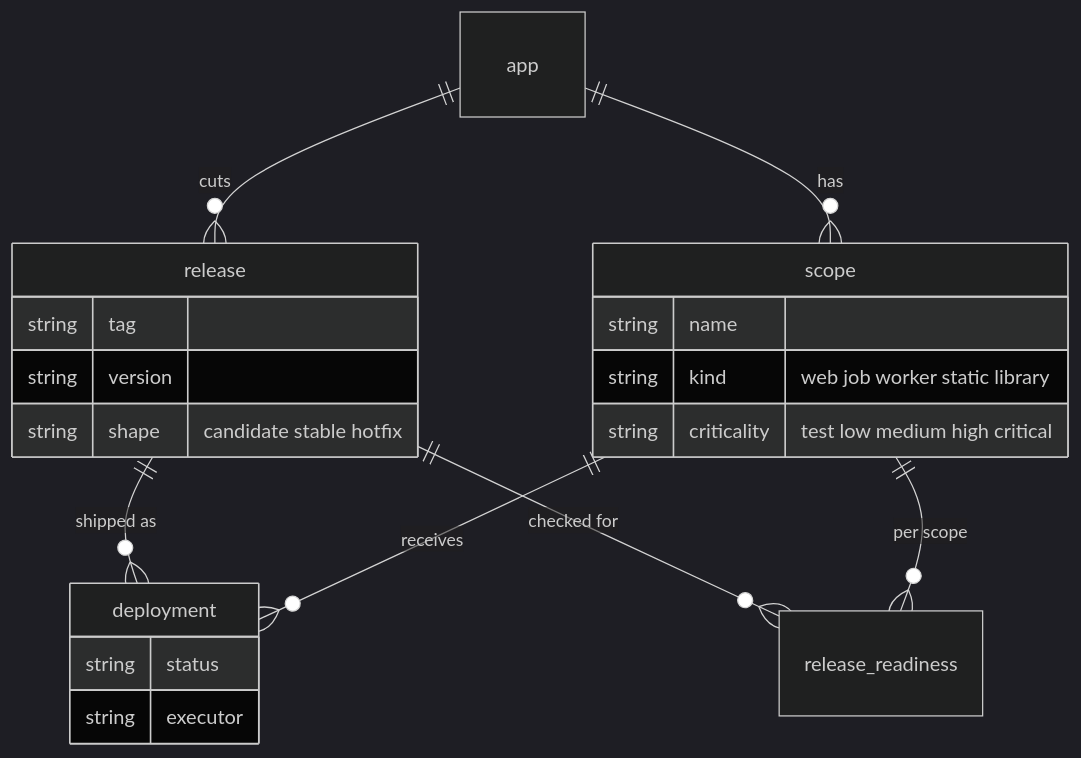
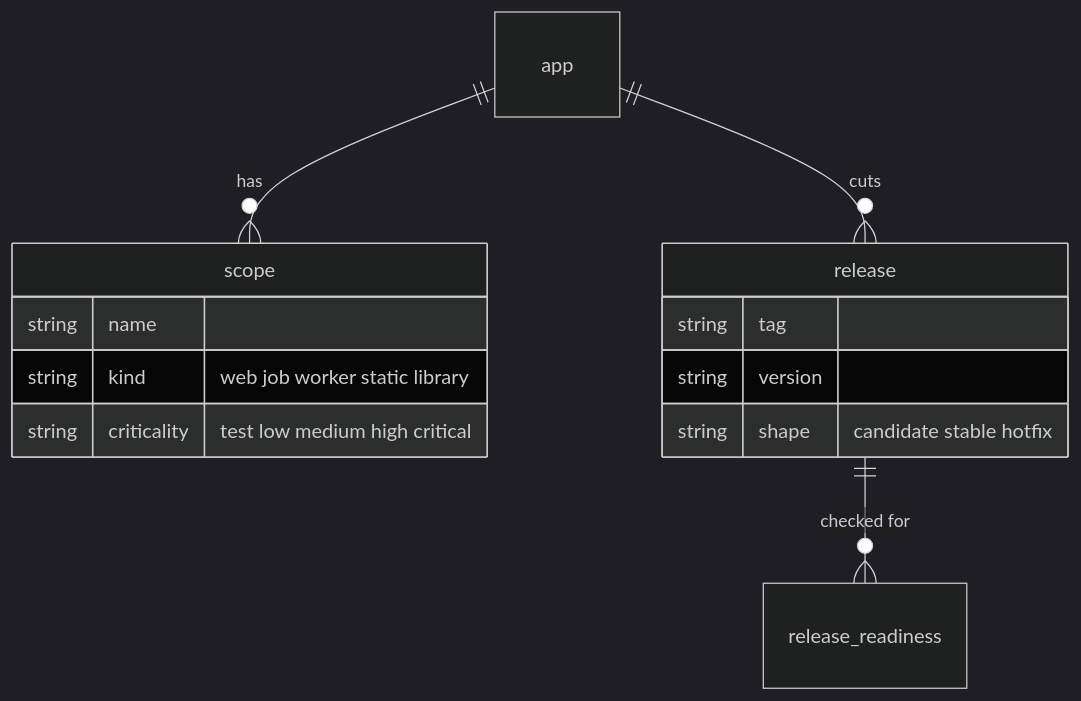
Before and after one commit to actionplatform/action-platform: the fourth of 4 diagrams in docs/concept_scopes.md, drawn with Mermaid (dark theme). The commit also changed other lines of this file, not shown here.

````diff
--- a/docs/concept_scopes.md
+++ b/docs/concept_scopes.md
@@ -162,23 +153,16 @@
 ```mermaid
 erDiagram
     app ||--o{ scope : "has"
     app ||--o{ release : "cuts"
-    release ||--o{ deployment : "shipped as"
-    scope ||--o{ deployment : "receives"
     release ||--o{ release_readiness : "checked for"
-    scope ||--o{ release_readiness : "per scope"
     scope {
         string name
         string kind "web job worker static library"
         string criticality "test low medium high critical"
     }
     release {
         string tag
         string version
         string shape "candidate stable hotfix"
     }
-    deployment {
-        string status
-        string executor
-    }
 ```
````
